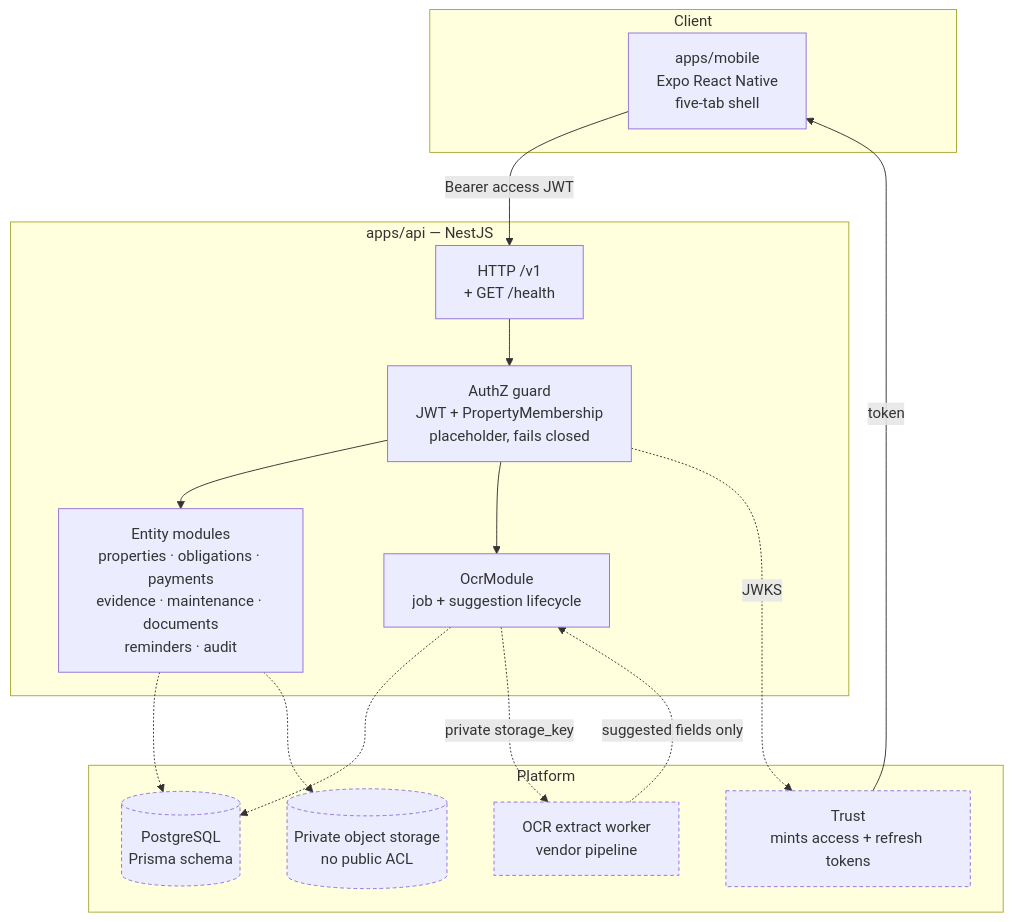
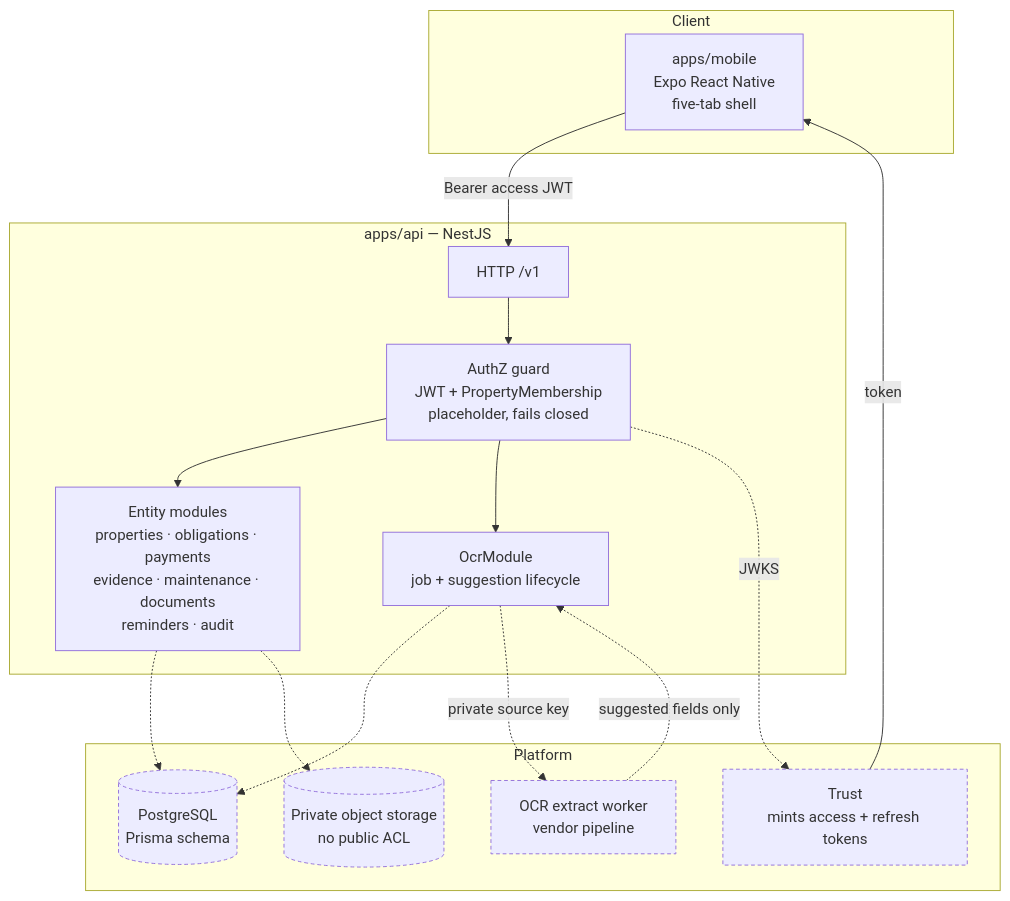
The first of 3 diagrams in docs/ARCHITECTURE.md (VahagnCh/property-control), drawn with Mermaid before and after one commit. The commit also changed other lines of this file and 84 other files, not shown here.

First line of the commit message:
Add Prisma persistence, consent, and GET /v1/health (#6)

````diff
--- a/docs/ARCHITECTURE.md
+++ b/docs/ARCHITECTURE.md
@@ -7,35 +7,35 @@
 ```mermaid
 flowchart TB
   subgraph client["Client"]
     mobile["apps/mobile<br/>Expo React Native<br/>five-tab shell"]
   end
 
   subgraph backend["apps/api — NestJS"]
-    http["HTTP /v1<br/>+ GET /health"]
+    http["HTTP /v1"]
     guard["AuthZ guard<br/>JWT + PropertyMembership<br/>placeholder, fails closed"]
     modules["Entity modules<br/>properties · obligations · payments<br/>evidence · maintenance · documents<br/>reminders · audit"]
     ocr["OcrModule<br/>job + suggestion lifecycle"]
   end
 
   subgraph external["Platform"]
     trust["Trust<br/>mints access + refresh tokens"]
     db[("PostgreSQL<br/>Prisma schema")]
     objects[("Private object storage<br/>no public ACL")]
     worker["OCR extract worker<br/>vendor pipeline"]
   end
 
   mobile -->|"Bearer access JWT"| http
   trust -->|"token"| mobile
   http --> guard
   guard --> modules
   guard --> ocr
   guard -.->|"JWKS"| trust
   modules -.-> db
   modules -.-> objects
   ocr -.-> db
-  ocr -.->|"private storage_key"| worker
+  ocr -.->|"private source key"| worker
   worker -.->|"suggested fields only"| ocr
 
   classDef unbuilt stroke-dasharray: 4 3
   class db,objects,worker,trust unbuilt
 ```
````
